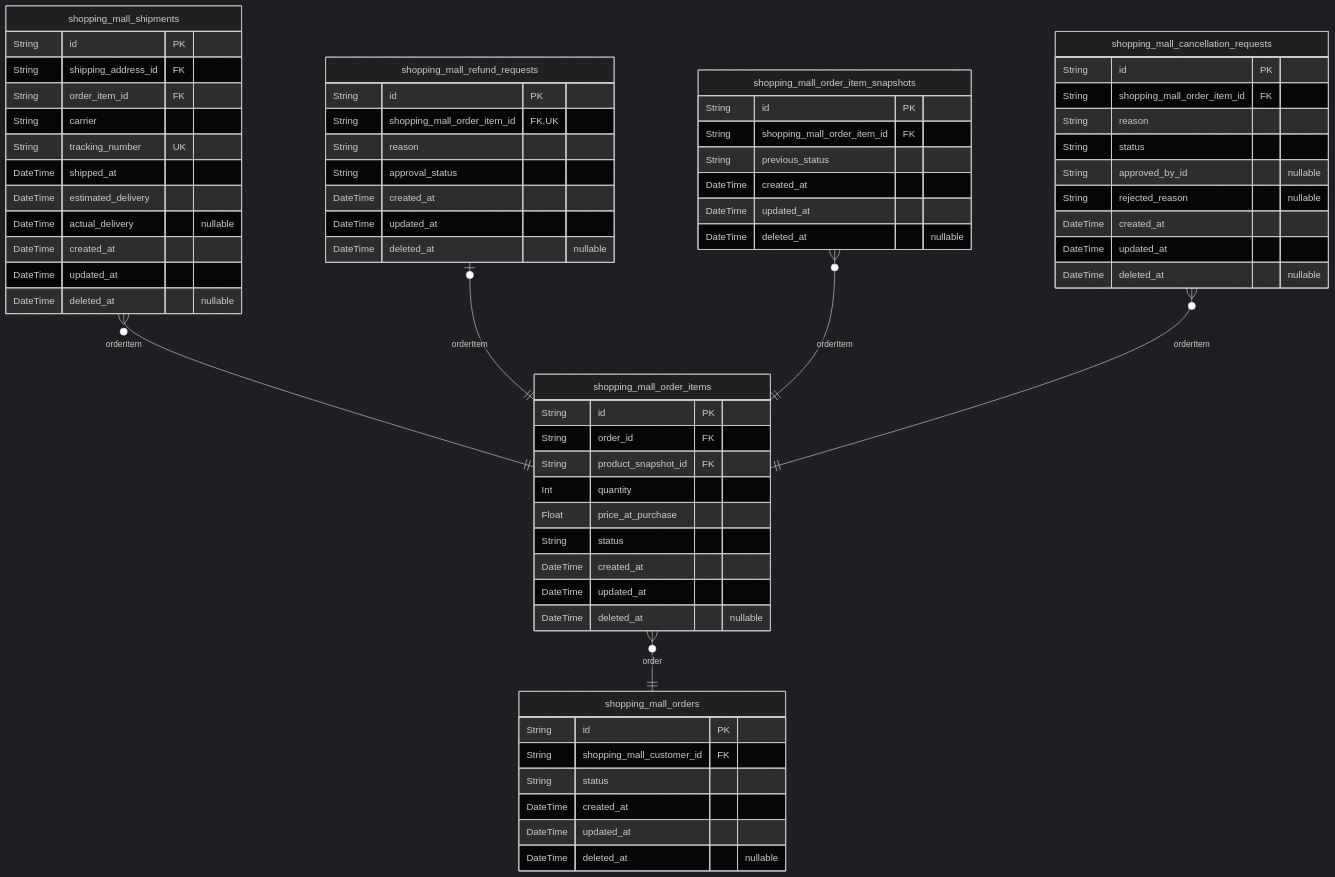
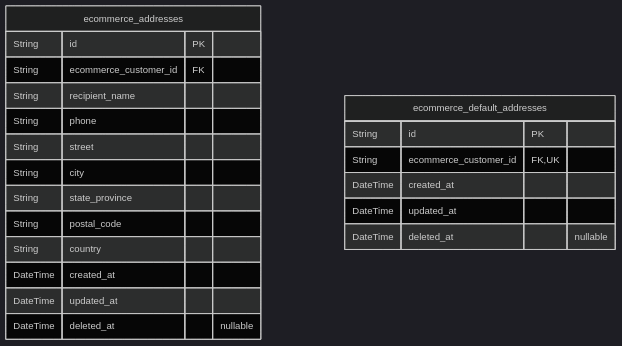
One commit to wrtnlabs/autobe-examples changed the seventh of 9 diagrams in qwen/qwen3-30b-a3b-thinking-2507/shopping/docs/ERD.md. Above: the diagram before and after it, drawn with Mermaid (dark theme). The commit also changed other lines of this file and 11104 other files, not shown here.

````diff
--- a/qwen/qwen3-30b-a3b-thinking-2507/shopping/docs/ERD.md
+++ b/qwen/qwen3-30b-a3b-thinking-2507/shopping/docs/ERD.md
@@ -1479,68 +1147,24 @@
 ```mermaid
 erDiagram
-"shopping_mall_orders" {
+"ecommerce_addresses" {
   String id PK
-  String shopping_mall_customer_id FK
-  String status
+  String ecommerce_customer_id FK
+  String recipient_name
+  String phone
+  String street
+  String city
+  String state_province
+  String postal_code
+  String country
   DateTime created_at
   DateTime updated_at
   DateTime deleted_at "nullable"
 }
-"shopping_mall_order_items" {
+"ecommerce_default_addresses" {
   String id PK
-  String order_id FK
-  String product_snapshot_id FK
-  Int quantity
-  Float price_at_purchase
-  String status
+  String ecommerce_customer_id FK,UK
   DateTime created_at
   DateTime updated_at
   DateTime deleted_at "nullable"
 }
-"shopping_mall_shipments" {
-  String id PK
-  String shipping_address_id FK
-  String order_item_id FK
-  String carrier
-  String tracking_number UK
-  DateTime shipped_at
-  DateTime estimated_delivery
-  DateTime actual_delivery "nullable"
-  DateTime created_at
-  DateTime updated_at
-  DateTime deleted_at "nullable"
-}
-"shopping_mall_refund_requests" {
-  String id PK
-  String shopping_mall_order_item_id FK,UK
-  String reason
-  String approval_status
-  DateTime created_at
-  DateTime updated_at
-  DateTime deleted_at "nullable"
-}
-"shopping_mall_order_item_snapshots" {
-  String id PK
-  String shopping_mall_order_item_id FK
-  String previous_status
-  DateTime created_at
-  DateTime updated_at
-  DateTime deleted_at "nullable"
-}
-"shopping_mall_cancellation_requests" {
-  String id PK
-  String shopping_mall_order_item_id FK
-  String reason
-  String status
-  String approved_by_id "nullable"
-  String rejected_reason "nullable"
-  DateTime created_at
-  DateTime updated_at
-  DateTime deleted_at "nullable"
-}
-"shopping_mall_order_items" }o--|| "shopping_mall_orders" : order
-"shopping_mall_shipments" }o--|| "shopping_mall_order_items" : orderItem
-"shopping_mall_refund_requests" |o--|| "shopping_mall_order_items" : orderItem
-"shopping_mall_order_item_snapshots" }o--|| "shopping_mall_order_items" : orderItem
-"shopping_mall_cancellation_requests" }o--|| "shopping_mall_order_items" : orderItem
 ```
````
